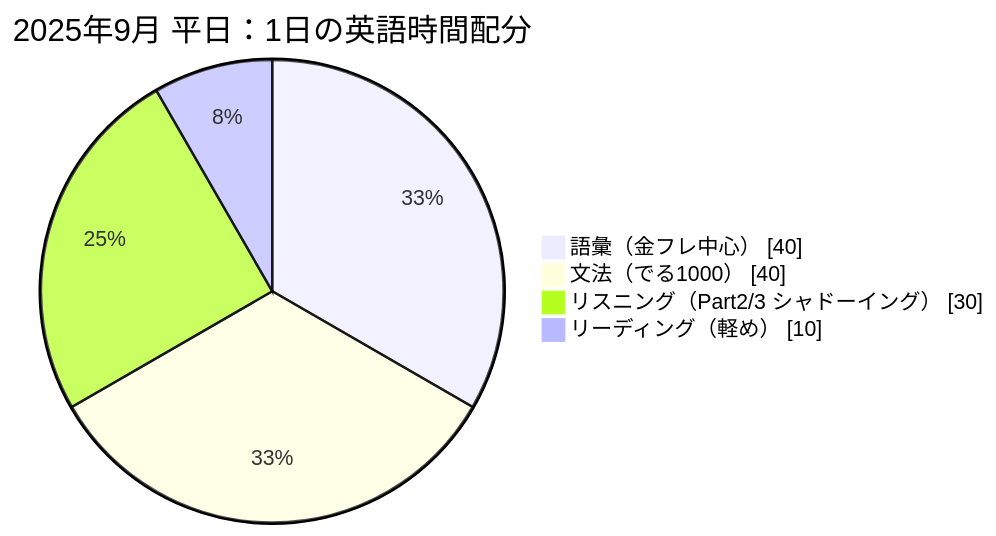
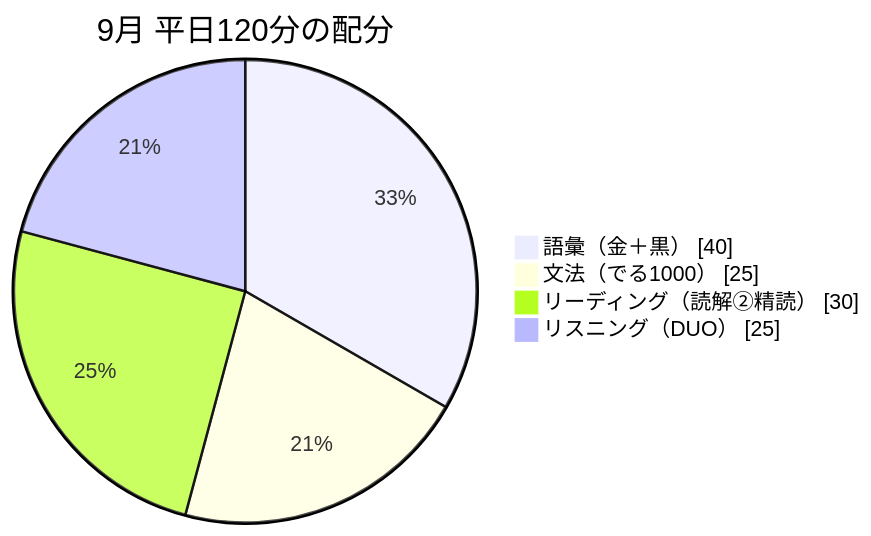
Before and after one commit to hellomyzn/TIL: the second of 5 diagrams in english/toeic/roadmap-2025.md, drawn with Mermaid. The commit also changed other lines of this file, not shown here.

Commit message:
update: toeic roadmap

````diff
--- a/english/toeic/roadmap-2025.md
+++ b/english/toeic/roadmap-2025.md
@@ -76,9 +62,8 @@
 ```mermaid
 pie showData
-title 2025年9月 平日：1日の英語時間配分
-"語彙（金フレ中心）" : 40
-"文法（でる1000）"  : 40
-"リスニング（Part2/3 シャドーイング）" : 30
-"リーディング（軽め）" : 10
-
+title 9月 平日120分の配分
+"語彙（金＋黒）" : 40
+"文法（でる1000）" : 25
+"リーディング（読解②精読）" : 30
+"リスニング（DUO）" : 25
 ```
````
